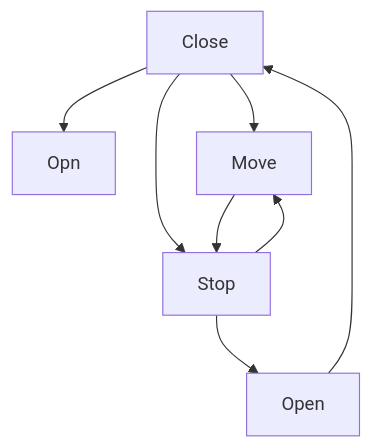
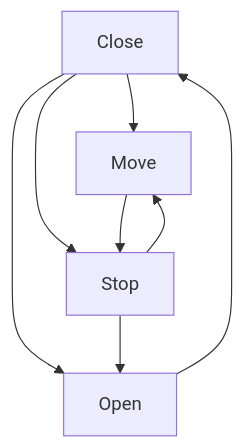
Before and after one commit to tedmax100/elevator_design: the diagram in README.md, drawn with Mermaid.

Commit message:
correct spell

````diff
--- a/README.md
+++ b/README.md
@@ -31,10 +31,10 @@
 ```mermaid
   graph TD;
-      Close --> Opn;
+      Close --> Open;
       Close --> Move;
       Close --> Stop;
       Open --> Close;
       Move --> Stop;
       Stop --> Open;
       Stop --> Move;
 ```
````
